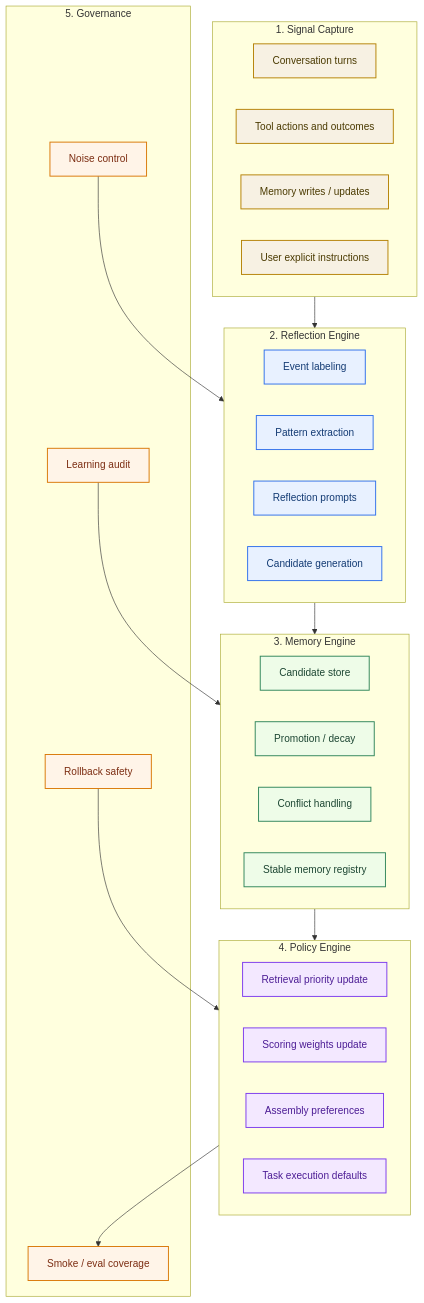
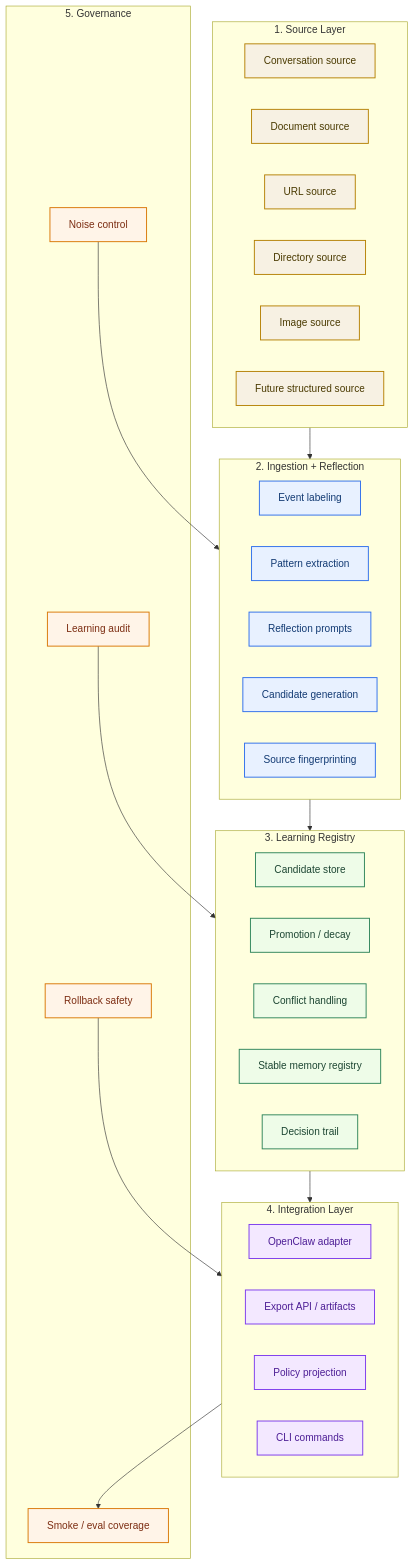
One commit to redcreen/memory-context-claw changed the third of 10 diagrams in self-learning-architecture.md. Above: the diagram before and after it, drawn with Mermaid. The commit also changed other lines of this file and 4 other files, not shown here.

Commit message:
Refine self-learning architecture boundaries

````diff
--- a/self-learning-architecture.md
+++ b/self-learning-architecture.md
@@ -194,56 +294,60 @@
 ```mermaid
 flowchart TB
-    subgraph L1["1. Signal Capture"]
-        A1["Conversation turns"]
-        A2["Tool actions and outcomes"]
-        A3["Memory writes / updates"]
-        A4["User explicit instructions"]
+    subgraph L1["1. Source Layer"]
+        A1["Conversation source"]
+        A2["Document source"]
+        A3["URL source"]
+        A4["Directory source"]
+        A5["Image source"]
+        A6["Future structured source"]
     end
 
-    subgraph L2["2. Reflection Engine"]
+    subgraph L2["2. Ingestion + Reflection"]
         B1["Event labeling"]
         B2["Pattern extraction"]
         B3["Reflection prompts"]
         B4["Candidate generation"]
+        B5["Source fingerprinting"]
     end
 
-    subgraph L3["3. Memory Engine"]
+    subgraph L3["3. Learning Registry"]
         C1["Candidate store"]
         C2["Promotion / decay"]
         C3["Conflict handling"]
         C4["Stable memory registry"]
+        C5["Decision trail"]
     end
 
-    subgraph L4["4. Policy Engine"]
-        D1["Retrieval priority update"]
-        D2["Scoring weights update"]
-        D3["Assembly preferences"]
-        D4["Task execution defaults"]
+    subgraph L4["4. Integration Layer"]
+        D1["OpenClaw adapter"]
+        D2["Export API / artifacts"]
+        D3["Policy projection"]
+        D4["CLI commands"]
     end
 
     subgraph L5["5. Governance"]
         E1["Smoke / eval coverage"]
         E2["Learning audit"]
         E3["Noise control"]
         E4["Rollback safety"]
     end
 
     L1 --> L2
     L2 --> L3
     L3 --> L4
     L4 --> E1
     E2 --> L3
     E3 --> L2
     E4 --> L4
 
     classDef capture fill:#f7f1e3,stroke:#b58105,color:#4a3a00,stroke-width:1.5px;
     classDef reflect fill:#e8f1ff,stroke:#2f6feb,color:#123a73,stroke-width:1.5px;
     classDef memory fill:#eefce8,stroke:#2f855a,color:#1c4532,stroke-width:1.5px;
     classDef policy fill:#f3e8ff,stroke:#7c3aed,color:#4c1d95,stroke-width:1.5px;
     classDef govern fill:#fff4e8,stroke:#d97706,color:#7c2d12,stroke-width:1.5px;
-    class A1,A2,A3,A4 capture;
-    class B1,B2,B3,B4 reflect;
-    class C1,C2,C3,C4 memory;
+    class A1,A2,A3,A4,A5,A6 capture;
+    class B1,B2,B3,B4,B5 reflect;
+    class C1,C2,C3,C4,C5 memory;
     class D1,D2,D3,D4 policy;
     class E1,E2,E3,E4 govern;
 ```
````
